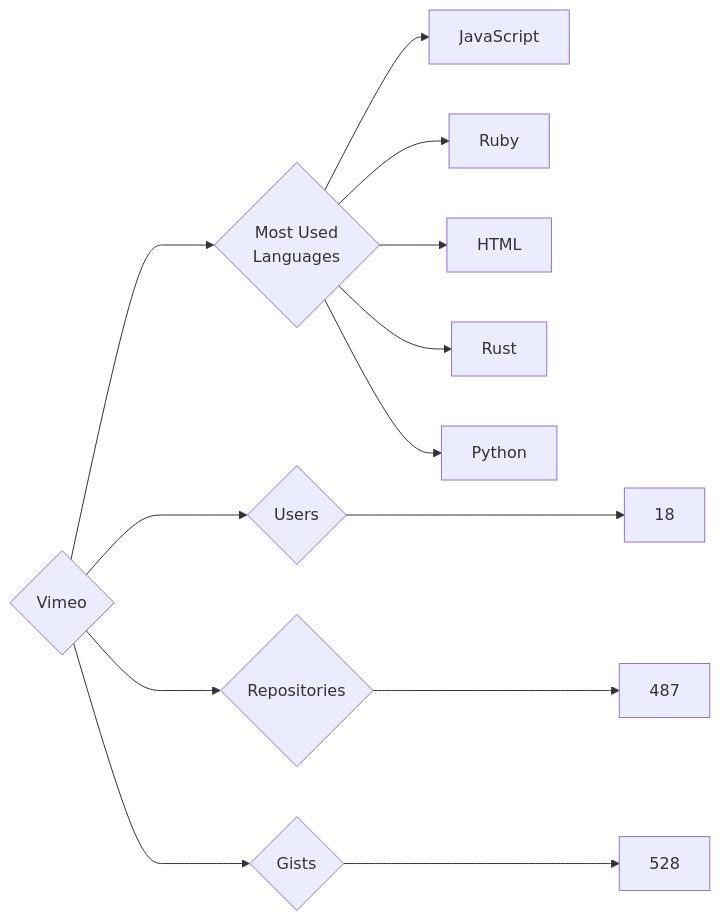
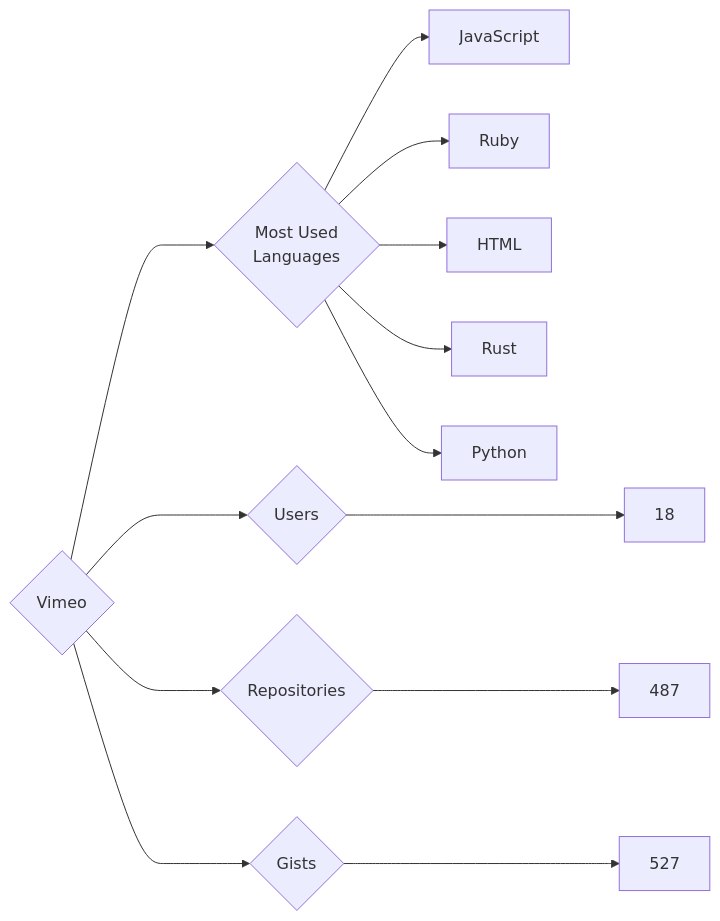
One commit to trickest/insiders changed the diagram in targets/Vimeo/README.md. Above: the diagram before and after it, drawn with Mermaid. The commit also changed 898 other files, not shown here.

````diff
--- a/targets/Vimeo/README.md
+++ b/targets/Vimeo/README.md
@@ -3,13 +3,13 @@
 ```mermaid
 graph LR
 COMPANY_NAME{Vimeo}
 COMPANY_NAME ---> U{Users} ---> UN[18]
 COMPANY_NAME ---> R{Repositories} ---> RN[487]
-COMPANY_NAME ---> G{Gists} ---> GN[528]
+COMPANY_NAME ---> G{Gists} ---> GN[527]
 COMPANY_NAME ---> ML{Most Used<br>Languages}
 ML --> JavaScript[JavaScript]
 ML --> Ruby[Ruby]
 ML --> HTML[HTML]
 ML --> Rust[Rust]
 ML --> Python[Python]
 ```
````
